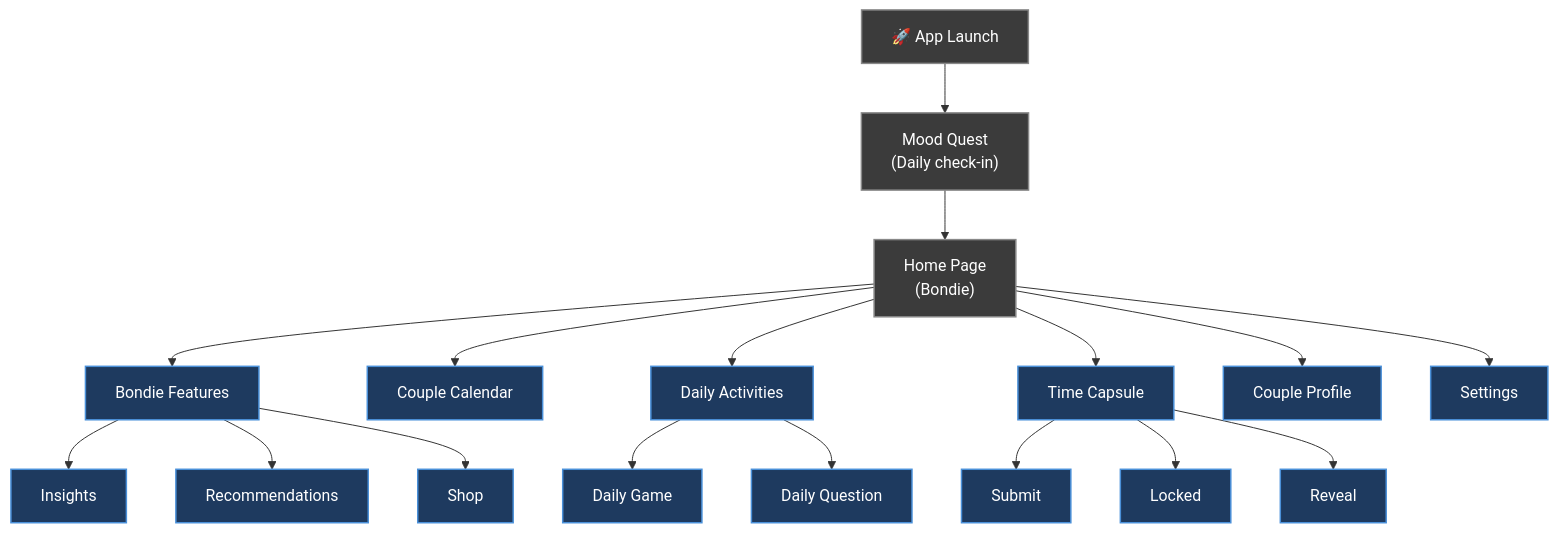
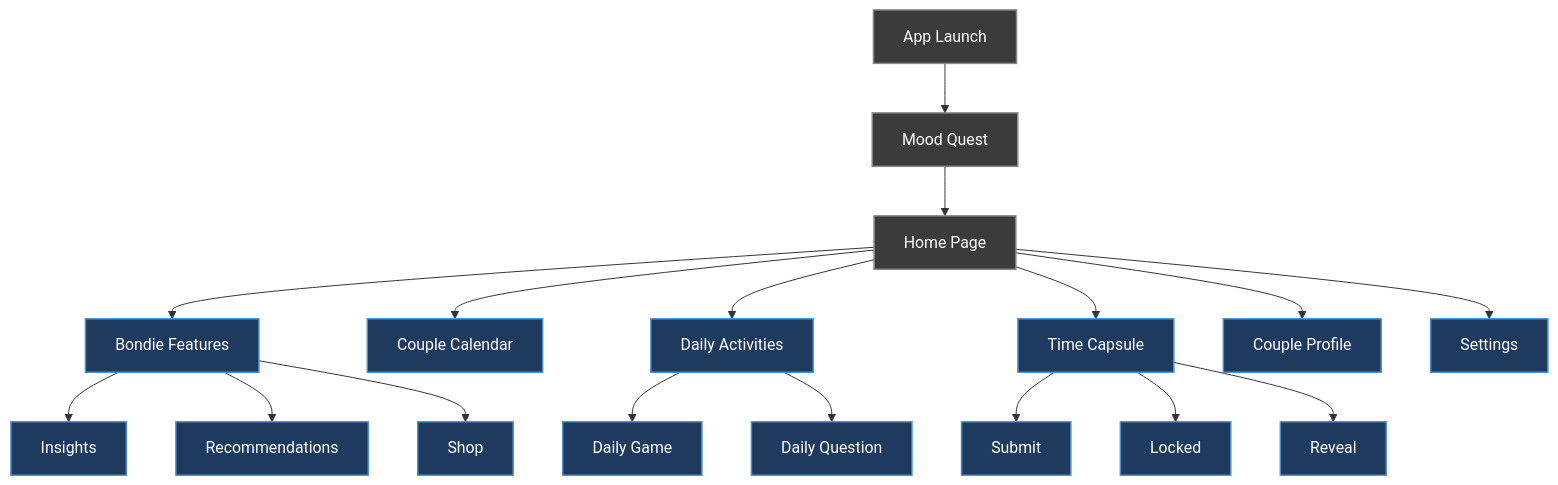
One commit to Tomasalexpt30/IPM_Bonded changed the diagram in README.md. Above: the diagram before and after it, drawn with Mermaid.

Commit message:
Simplify system architecture flowchart labels

````diff
--- a/README.md
+++ b/README.md
@@ -237,24 +237,24 @@
 ```mermaid
 flowchart TD
-    A["🚀 App Launch"] --> B["Mood Quest\n(Daily check-in)"]
-    B --> C["Home Page\n(Bondie)"]
+    A["App Launch"] --> B["Mood Quest"]
+    B --> C["Home Page"]
     C --> D["Bondie Features"]
     C --> E["Couple Calendar"]
     C --> F["Daily Activities"]
     C --> G["Time Capsule"]
     C --> H["Couple Profile"]
     C --> I["Settings"]
     D --> D1["Insights"]
     D --> D2["Recommendations"]
     D --> D3["Shop"]
     F --> F1["Daily Game"]
     F --> F2["Daily Question"]
     G --> G1["Submit"]
     G --> G2["Locked"]
     G --> G3["Reveal"]
 
     classDef page fill:#3b3b3b,color:#fff,stroke:#888,stroke-width:1.5px
     classDef feature fill:#1e3a5f,color:#fff,stroke:#4a90d9,stroke-width:1.5px
     class A,B,C page
     class D,E,F,G,H,I,D1,D2,D3,F1,F2,G1,G2,G3 feature
 ```
````
